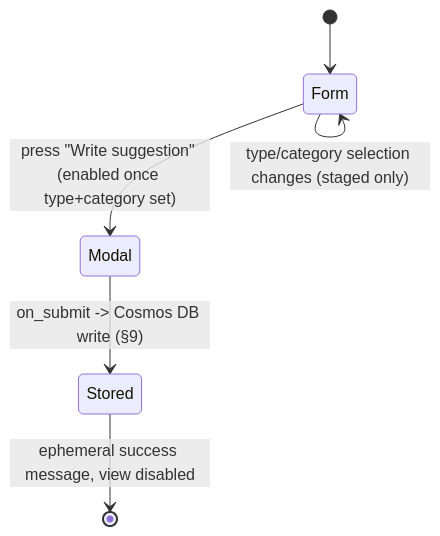
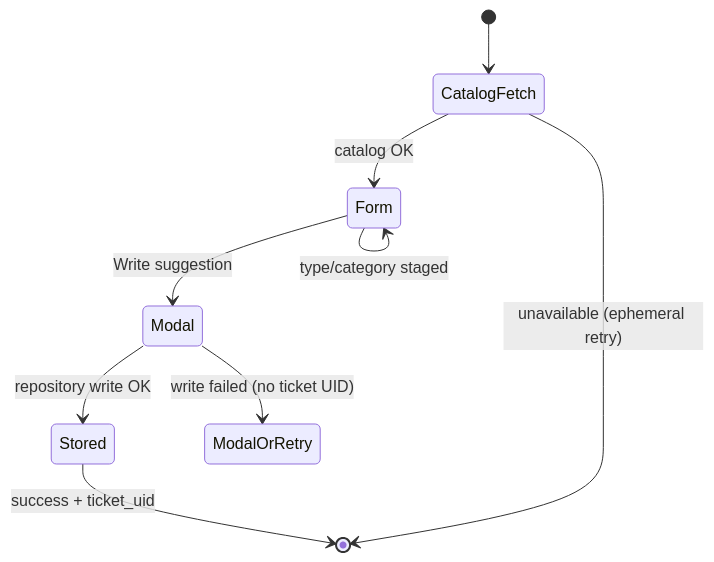
Before and after one commit to turbo3000r/DiscordCombatAI: the diagram in docs/containers/bot/commands/suggest.md, drawn with Mermaid. The commit also changed other lines of this file and 18 other files, not shown here.

````diff
--- a/docs/containers/bot/commands/suggest.md
+++ b/docs/containers/bot/commands/suggest.md
@@ -78,8 +92,11 @@
 ```mermaid
 stateDiagram-v2
-    [*] --> Form
-    Form --> Form : type/category selection changes (staged only)
-    Form --> Modal : press "Write suggestion" (enabled once type+category set)
-    Modal --> Stored : on_submit -> Cosmos DB write (§9)
-    Stored --> [*] : ephemeral success message, view disabled
+    [*] --> CatalogFetch
+    CatalogFetch --> Form : catalog OK
+    CatalogFetch --> [*] : unavailable (ephemeral retry)
+    Form --> Form : type/category staged
+    Form --> Modal : Write suggestion
+    Modal --> Stored : repository write OK
+    Modal --> ModalOrRetry : write failed (no ticket UID)
+    Stored --> [*] : success + ticket_uid
 ```
````
